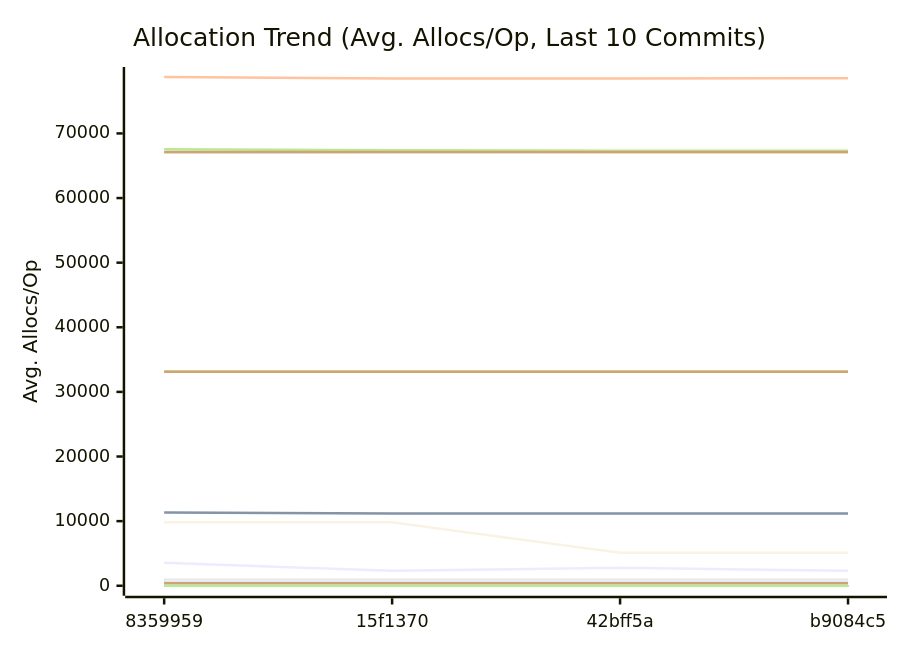
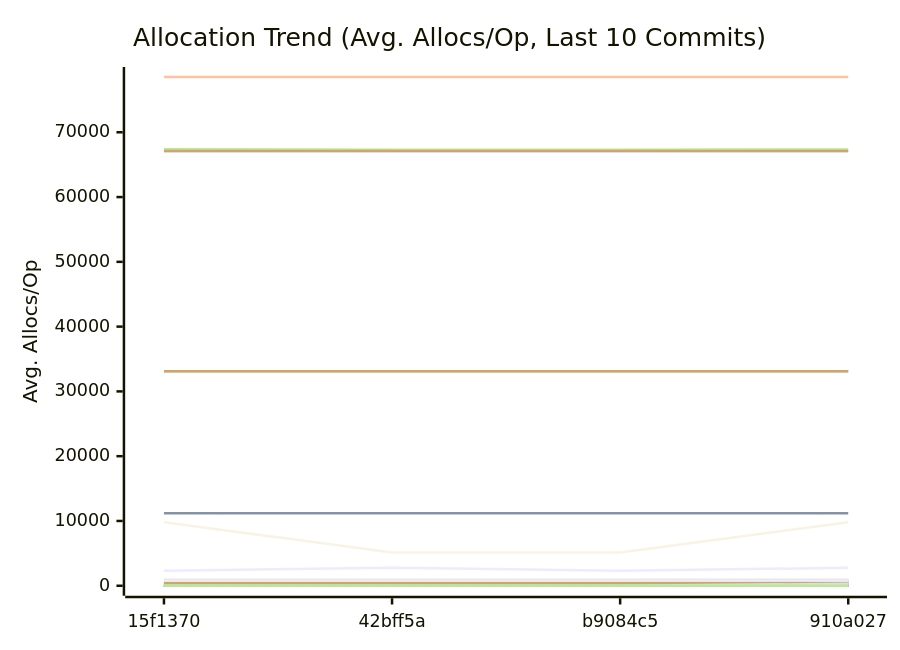
Before and after one commit to alsotoes/momo: the third of 3 diagrams in docs/REFERENCE/PERFORMANCE.md, drawn with Mermaid. The commit also changed other lines of this file and 2 other files, not shown here.

````diff
--- a/docs/REFERENCE/PERFORMANCE.md
+++ b/docs/REFERENCE/PERFORMANCE.md
@@ -471,62 +471,62 @@
 ```mermaid
 xychart-beta
     title "Allocation Trend (Avg. Allocs/Op, Last 10 Commits)"
     x-axis "Commit"
     y-axis "Avg. Allocs/Op"
-    x-axis [8359959,15f1370,42bff5a,b9084c5]
+    x-axis [15f1370,42bff5a,b9084c5,910a027]
     line "AdaptivePutBlob64KiB" [0,0,0,0,0,0,0,0,0,0]
-    line "AWSChunkedReaderSigned" [11341,11197,11180,11191,11184,11178,11173,11180,11218,11210]
-    line "AWSChunkedReaderUnsigned" [78733,78518,78515,78532,78527,78526,78519,78518,78519,78539]
+    line "AWSChunkedReaderSigned" [11197,11180,11191,11184,11178,11173,11180,11218,11210,11254]
+    line "AWSChunkedReaderUnsigned" [78518,78515,78532,78527,78526,78519,78518,78519,78539,78571]
     line "CheckMetricsAndSwap" [0,0,0,0,0,0,0,0,0,0]
     line "CrushOptimized" [0,0,0,0,0,0,0,0,0,0]
     line "CrushOriginal" [3,3,3,3,3,3,3,3,3,3]
     line "EtagMatches" [0,0,0,0,0,0,0,0,0,0]
-    line "EtagMatchesSplit" [0,1,1,1,1,1,1,1,1,1]
+    line "EtagMatchesSplit" [1,1,1,1,1,1,1,1,1,1]
     line "FormatListObjectsV2XML_AppendFormat" [16,16,16,16,16,16,16,16,16,16]
     line "FormatListObjectsV2XML_OldFormat" [1000,1000,1000,1000,1000,1000,1000,1000,1000,1000]
     line "HashBytes/1MiB" [64,64,64,64,64,64,64,64,64,64]
     line "HashBytes/256MiB" [64,64,64,64,64,64,64,64,64,64]
     line "HashBytes/64MiB" [64,64,64,64,64,64,64,64,64,64]
     line "HashFile/1MiB" [33128,33128,33128,33128,33128,33128,33128,33128,33128,33128]
     line "HashFile/256MiB" [33128,33128,33128,33128,33128,33128,33128,33128,33128,33128]
     line "HashFile/64MiB" [33128,33128,33128,33128,33128,33128,33128,33128,33128,33128]
     line "IndexDirectTracking" [0,0,0,0,0,0,0,0,0,0]
     line "IndexSearch" [0,0,0,0,0,0,0,0,0,0]
     line "LastModifiedHeader_AppendFormat" [0,0,0,0,0,0,0,0,0,0]
     line "LastModifiedHeader_Format" [1,1,1,1,1,1,1,1,1,1]
     line "ListPartsTime_AppendFormat" [0,0,0,0,0,0,0,0,0,0]
-    line "ListPartsTime_Format" [0,1,1,1,1,1,1,1,1,1]
+    line "ListPartsTime_Format" [1,1,1,1,1,1,1,1,1,1]
     line "LoadGlobalConfig" [58,58,58,58,58,58,58,58,58,58]
-    line "LocalWrite/1MiB" [67040,67081,67076,67077,67076,67076,67076,67076,67084,67081]
-    line "LocalWrite/256MiB" [67553,67378,67316,67320,67343,67343,67320,67423,67399,67368]
-    line "LocalWrite/64MiB" [67139,67123,67115,67123,67119,67112,67100,67113,67112,67124]
+    line "LocalWrite/1MiB" [67081,67076,67077,67076,67076,67076,67076,67084,67081,67084]
+    line "LocalWrite/256MiB" [67378,67316,67320,67343,67343,67320,67423,67399,67368,67445]
+    line "LocalWrite/64MiB" [67123,67115,67123,67119,67112,67100,67113,67112,67124,67130]
     line "PadString" [1,1,1,1,1,1,1,1,1,1]
     line "ParseACLResource_IndexByte" [0,0,0,0,0,0,0,0,0,0]
     line "ParseACLResource_Split" [0,0,0,0,0,0,0,0,0,0]
     line "ParseAWSChunkHeader" [0,0,0,0,0,0,0,0,0,0]
     line "ParseChecksum" [0,0,0,0,0,0,0,0,0,0]
-    line "ParseChecksumDynamicBaseline" [0,0,0,0,4,4,4,4,4,4]
+    line "ParseChecksumDynamicBaseline" [0,0,0,4,4,4,4,4,4,4]
     line "ParseReplicationOrder_NoPrealloc" [6,6,6,6,6,5,5,5,5,5]
     line "ParseReplicationOrder_Prealloc" [2,2,2,2,2,1,1,1,1,1]
     line "PheromoneSelectReplica" [0,0,0,0,0,0,0,0,0,0]
-    line "PickShedTarget" [0,0,0,0,6,6,6,6,6,6]
+    line "PickShedTarget" [0,0,0,6,6,6,6,6,6,6]
     line "Placement" [6,6,6,6,6,6,6,6,6,6]
     line "PlacementDomainSpread" [6,6,6,6,6,6,6,6,6,6]
-    line "ReadVerify/1MiB" [437,458,471,460,435,469,435,463,436,463]
-    line "ReadVerify/256MiB" [9808,9808,5120,5120,9808,5120,5120,9808,5120,5120]
-    line "ReadVerify/64MiB" [3557,2307,2776,2307,2776,2776,1994,2776,2307,2776]
+    line "ReadVerify/1MiB" [458,471,460,435,469,435,463,436,463,474]
+    line "ReadVerify/256MiB" [9808,5120,5120,9808,5120,5120,9808,5120,5120,9808]
+    line "ReadVerify/64MiB" [2307,2776,2307,2776,2776,1994,2776,2307,2776,2776]
     line "RebalanceCycle/blobs=100" [0,0,0,0,0,0,0,0,0,0]
     line "RebalanceCycle/blobs=1000" [0,0,0,0,0,0,0,0,0,0]
-    line "S3PutSpool/1MiB" [447,447,447,447,447,447,447,448,447,447]
-    line "S3PutSpool/256MiB" [448,448,448,448,448,448,444,448,448,448]
+    line "S3PutSpool/1MiB" [447,447,447,447,447,447,448,447,447,448]
+    line "S3PutSpool/256MiB" [448,448,448,448,448,444,448,448,448,448]
     line "S3PutSpool/64MiB" [448,448,448,448,448,448,448,448,448,448]
     line "SanitizeLog/Safe" [0,0,0,0,0,0,0,0,0,0]
     line "SanitizeLog/Unsafe" [1,1,1,1,1,1,1,1,1,1]
-    line "TrustedRead/1MiB" [800,800,822,800,800,800,800,800,800,800]
+    line "TrustedRead/1MiB" [800,822,800,800,800,800,800,800,800,840]
     line "TrustedRead/256MiB" [800,800,800,800,800,800,800,800,800,800]
     line "TrustedRead/64MiB" [800,800,800,800,800,800,800,800,800,800]
     line "VolumeGetBlob64KiB" [0,0,0,0,0,0,0,0,0,0]
     line "VolumePutBlob64KiB" [0,0,0,0,0,0,0,0,0,0]
-    line "WriteThrottled/throttled-10Gbps" [0,0,0,0,298,318,498,345,302,311]
+    line "WriteThrottled/throttled-10Gbps" [0,0,0,298,318,498,345,302,311,234]
     line "WriteThrottled/unlimited" [0,0,0,0,0,0,0,0,0,0]
 ```
````
